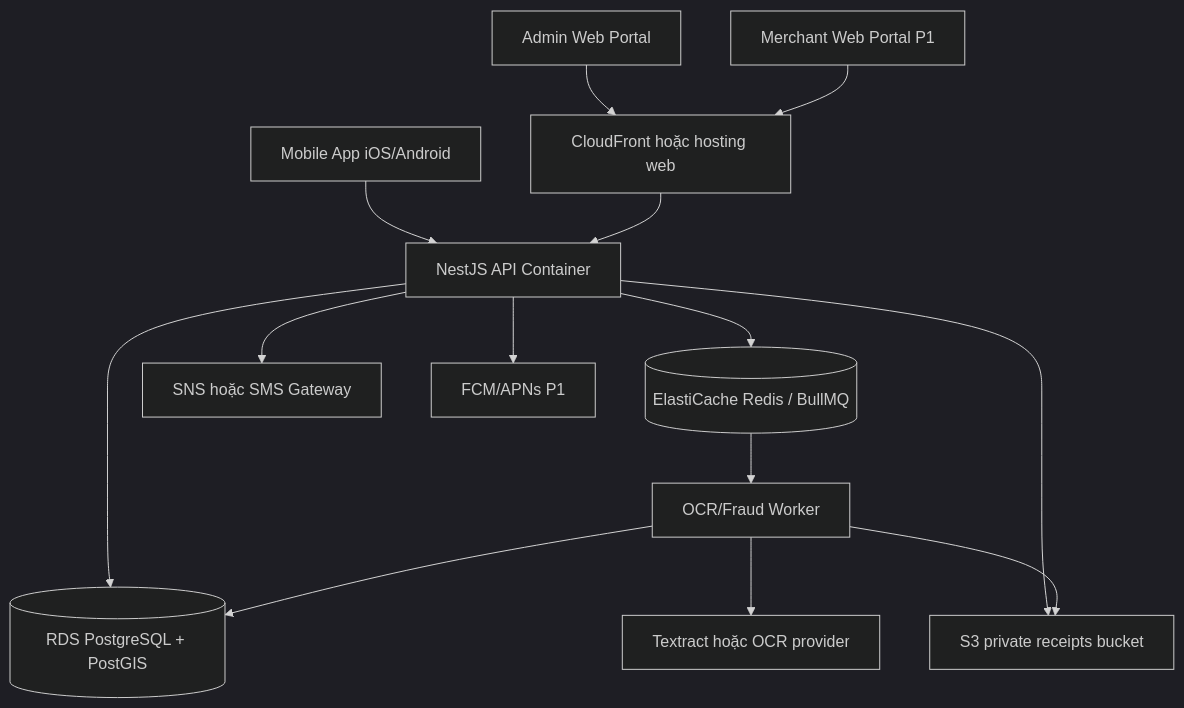
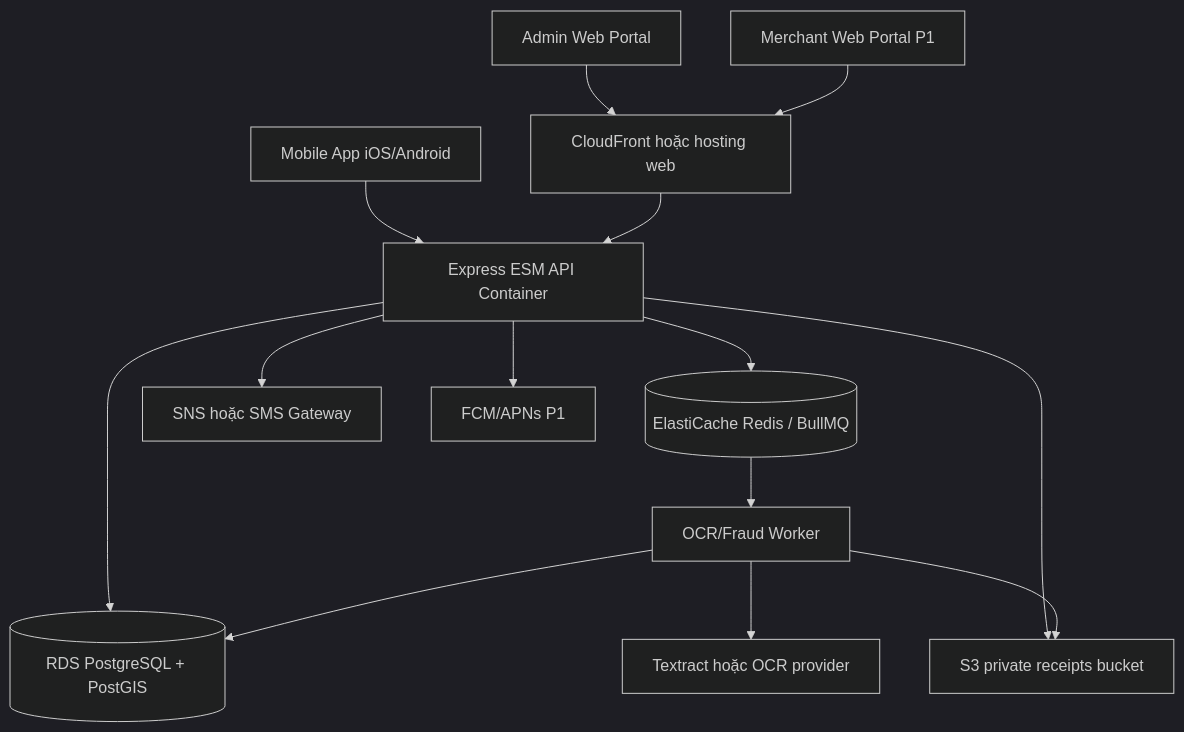
One commit to NguyenSonnt04/trustbite-review-system changed the diagram in trustbite-docs/04_Software_Engineering/AWS_Cloud_Infrastructure.md. Above: the diagram before and after it, drawn with Mermaid (dark theme). The commit also changed 1 other file, not shown here.

Commit message:
docs(api): constrain review updates

````diff
--- a/trustbite-docs/04_Software_Engineering/AWS_Cloud_Infrastructure.md
+++ b/trustbite-docs/04_Software_Engineering/AWS_Cloud_Infrastructure.md
@@ -27,17 +27,17 @@
 ```mermaid
 graph TD
-    Mobile[Mobile App iOS/Android] --> API[NestJS API Container]
+    Mobile[Mobile App iOS/Android] --> API[Express ESM API Container]
     Admin[Admin Web Portal] --> CDN[CloudFront hoặc hosting web]
     Merchant[Merchant Web Portal P1] --> CDN
     CDN --> API
 
     API --> RDS[(RDS PostgreSQL + PostGIS)]
     API --> Redis[(ElastiCache Redis / BullMQ)]
     API --> S3[S3 private receipts bucket]
     API --> SMS[SNS hoặc SMS Gateway]
     API --> Push[FCM/APNs P1]
     Redis --> Worker[OCR/Fraud Worker]
     Worker --> OCR[Textract hoặc OCR provider]
     Worker --> RDS
     Worker --> S3
 ```
````
